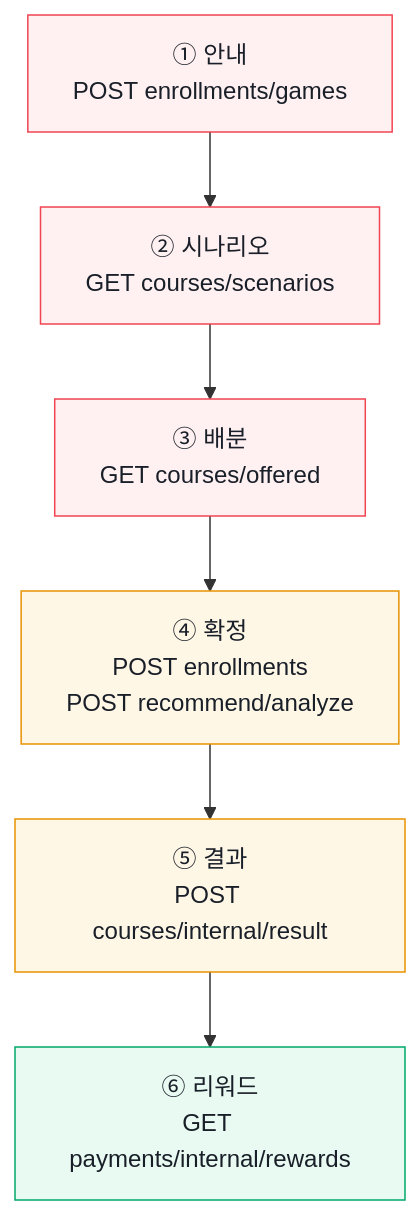
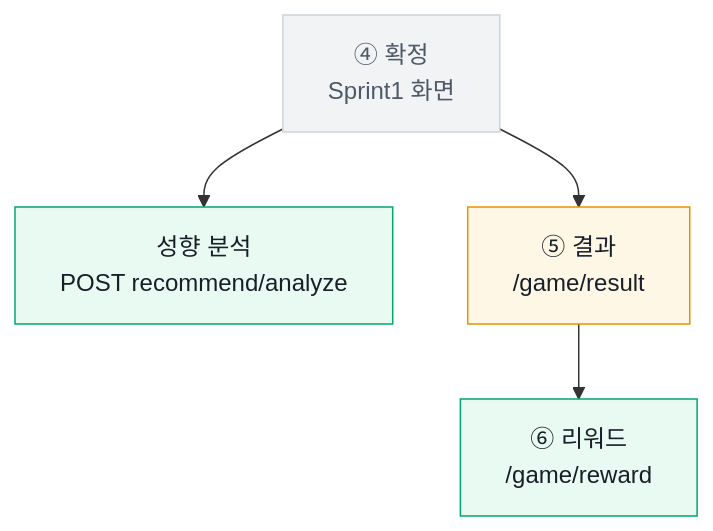
Before and after one commit to wodnjs2020136144/skala-agile-msa-investquest: the second of 3 diagrams in docs/SERVICE_WORKFLOW.md, drawn with Mermaid. The commit also changed other lines of this file, not shown here.

First line of the commit message:
docs — 워크플로우를 스프린트별 구조로 재편

````diff
--- a/docs/SERVICE_WORKFLOW.md
+++ b/docs/SERVICE_WORKFLOW.md
@@ -21,18 +108,17 @@
 ```mermaid
 flowchart TD
-    G1["① 안내<br/>POST enrollments/games"]
-    G2["② 시나리오<br/>GET courses/scenarios"]
-    G3["③ 배분<br/>GET courses/offered"]
-    G4["④ 확정<br/>POST enrollments<br/>POST recommend/analyze"]
-    G5["⑤ 결과<br/>POST courses/internal/result"]
-    G6["⑥ 리워드<br/>GET payments/internal/rewards"]
+    S4["④ 확정<br/>Sprint1 화면"]
+    AN["성향 분석<br/>POST recommend/analyze"]
+    S5["⑤ 결과<br/>/game/result"]
+    S6["⑥ 리워드<br/>/game/reward"]
 
-    G1 --> G2 --> G3 --> G4 --> G5 --> G6
+    S4 --> AN
+    S4 --> S5 --> S6
 
-    classDef none fill:#FFF0F1,stroke:#F04452,color:#191F28
+    classDef old  fill:#F1F3F5,stroke:#CDD3D9,color:#4E5968
+    classDef ok   fill:#E8FAF1,stroke:#00A86B,color:#191F28
     classDef part fill:#FFF7E6,stroke:#E89200,color:#191F28
-    classDef ok   fill:#E8FAF1,stroke:#00A86B,color:#191F28
-    class G1,G2,G3 none
-    class G4,G5 part
-    class G6 ok
+    class S4 old
+    class AN,S6 ok
+    class S5 part
 ```
````
